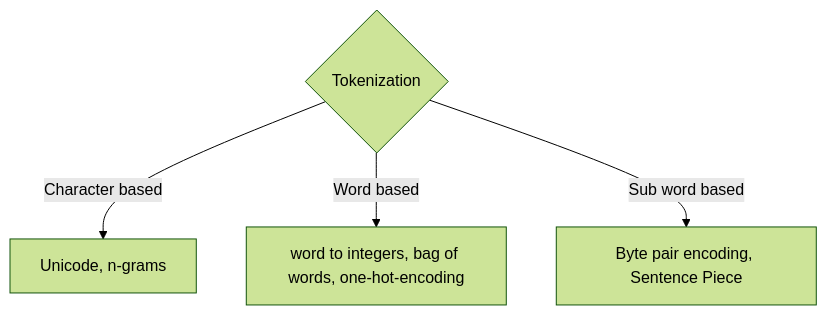
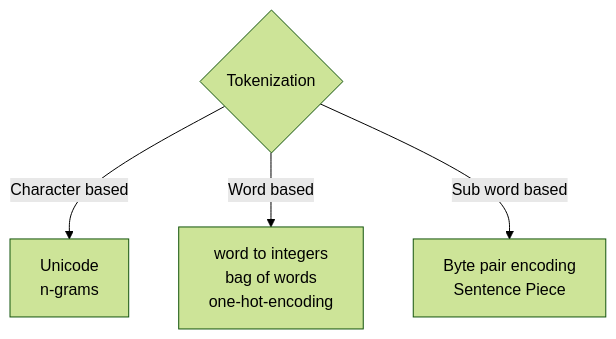
Before and after one commit to ati-ozgur/course-nn-deep-learning: the diagram in course-notes/figures/tokenization-types-en.mermaid, drawn with Mermaid (forest theme).

Commit message:
multi line markdown

````diff
--- a/course-notes/figures/tokenization-types-en.mermaid
+++ b/course-notes/figures/tokenization-types-en.mermaid
@@ -1,9 +1,14 @@
 ```{mermaid}
 flowchart TD
     T{Tokenization}
-    T -->|Character based| C[Unicode, n-grams]
+    T -->|Character based| C
+    C["`Unicode 
+    n-grams`"]
     T -->|Word based| W 
-    W["word to integers, bag of words, one-hot-encoding"]
+    W["`word to integers
+    bag of words
+    one-hot-encoding`"]
     T -->|Sub word based| SW 
-    SW[" Byte pair encoding, Sentence Piece"]
+    SW["` Byte pair encoding
+    Sentence Piece`"]
 ```
````
